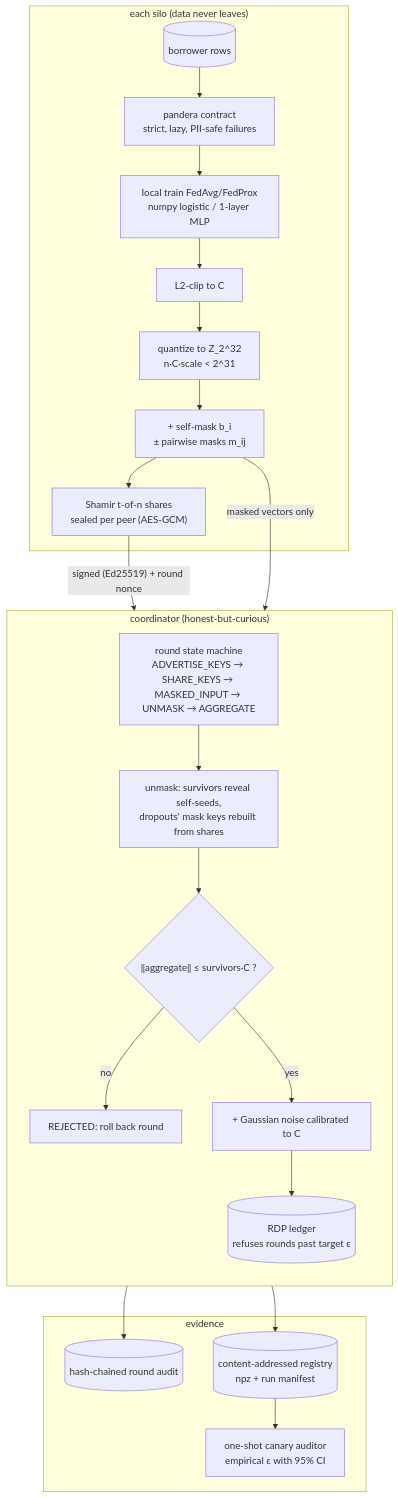
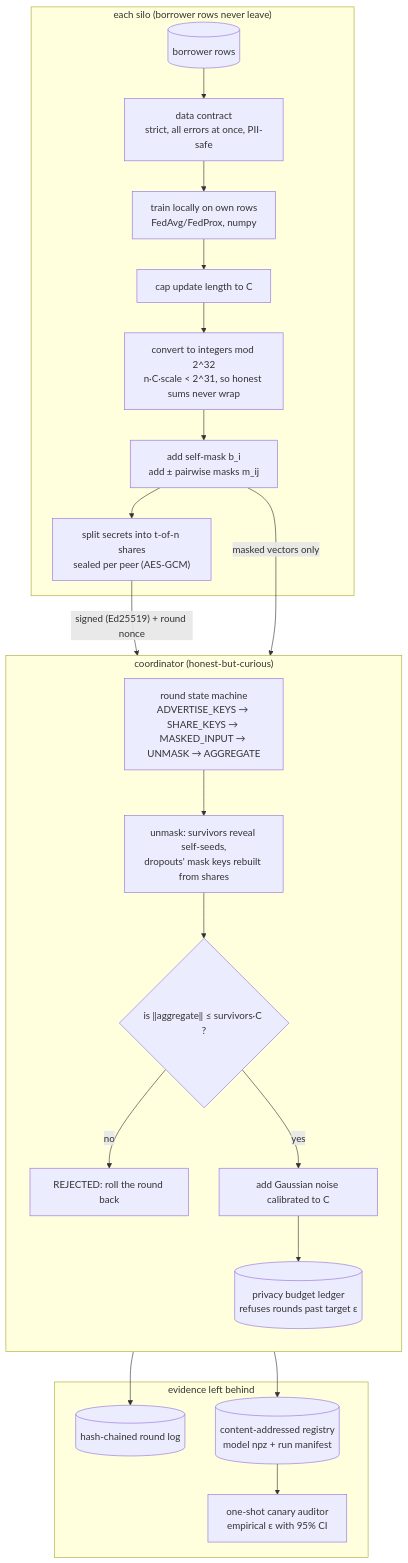
One commit to rouviere-german/federated-secure-aggregation changed the diagram in README.md. Above: the diagram before and after it, drawn with Mermaid. The commit also changed other lines of this file, not shown here.

First line of the commit message:
docs(readme): rewrite for a non-specialist reader and an engineer at once

````diff
--- a/README.md
+++ b/README.md
@@ -27,33 +74,33 @@
 ```mermaid
 flowchart TB
-    subgraph silo["each silo (data never leaves)"]
-        data[("borrower rows")] --> contract["pandera contract<br/>strict, lazy, PII-safe failures"]
-        contract --> train["local train FedAvg/FedProx<br/>numpy logistic / 1-layer MLP"]
-        train --> clip["L2-clip to C"]
-        clip --> quant["quantize to Z_2^32<br/>n·C·scale &lt; 2^31"]
-        quant --> mask["+ self-mask b_i<br/>± pairwise masks m_ij"]
-        mask --> shares["Shamir t-of-n shares<br/>sealed per peer (AES-GCM)"]
+    subgraph silo["each silo (borrower rows never leave)"]
+        data[("borrower rows")] --> contract["data contract<br/>strict, all errors at once, PII-safe"]
+        contract --> train["train locally on own rows<br/>FedAvg/FedProx, numpy"]
+        train --> clip["cap update length to C"]
+        clip --> quant["convert to integers mod 2^32<br/>n·C·scale &lt; 2^31, so honest sums never wrap"]
+        quant --> mask["add self-mask b_i<br/>add ± pairwise masks m_ij"]
+        mask --> shares["split secrets into t-of-n shares<br/>sealed per peer (AES-GCM)"]
     end
 
     subgraph coord["coordinator (honest-but-curious)"]
         direction TB
         sm["round state machine<br/>ADVERTISE_KEYS → SHARE_KEYS → MASKED_INPUT → UNMASK → AGGREGATE"]
         sm --> recover["unmask: survivors reveal self-seeds,<br/>dropouts' mask keys rebuilt from shares"]
-        recover --> bound{"‖aggregate‖ ≤ survivors·C ?"}
-        bound -- no --> rollback["REJECTED: roll back round"]
-        bound -- yes --> dp["+ Gaussian noise calibrated to C"]
-        dp --> ledger[("RDP ledger<br/>refuses rounds past target ε")]
+        recover --> bound{"is ‖aggregate‖ ≤ survivors·C ?"}
+        bound -- no --> rollback["REJECTED: roll the round back"]
+        bound -- yes --> dp["add Gaussian noise calibrated to C"]
+        dp --> ledger[("privacy budget ledger<br/>refuses rounds past target ε")]
     end
 
-    subgraph evidence["evidence"]
-        chain[("hash-chained round audit")]
-        registry[("content-addressed registry<br/>npz + run manifest")]
+    subgraph evidence["evidence left behind"]
+        chain[("hash-chained round log")]
+        registry[("content-addressed registry<br/>model npz + run manifest")]
         auditor["one-shot canary auditor<br/>empirical ε with 95% CI"]
     end
 
     shares -- "signed (Ed25519) + round nonce" --> sm
     mask -- "masked vectors only" --> sm
     ledger --> chain
     ledger --> registry
     registry --> auditor
 ```
````
